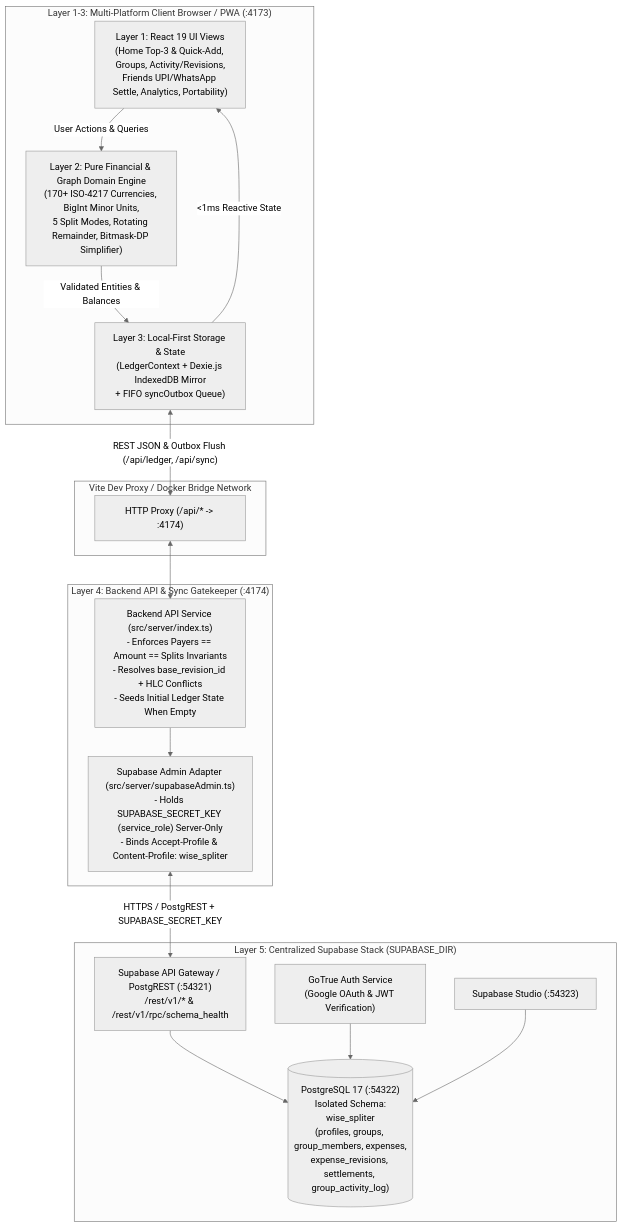
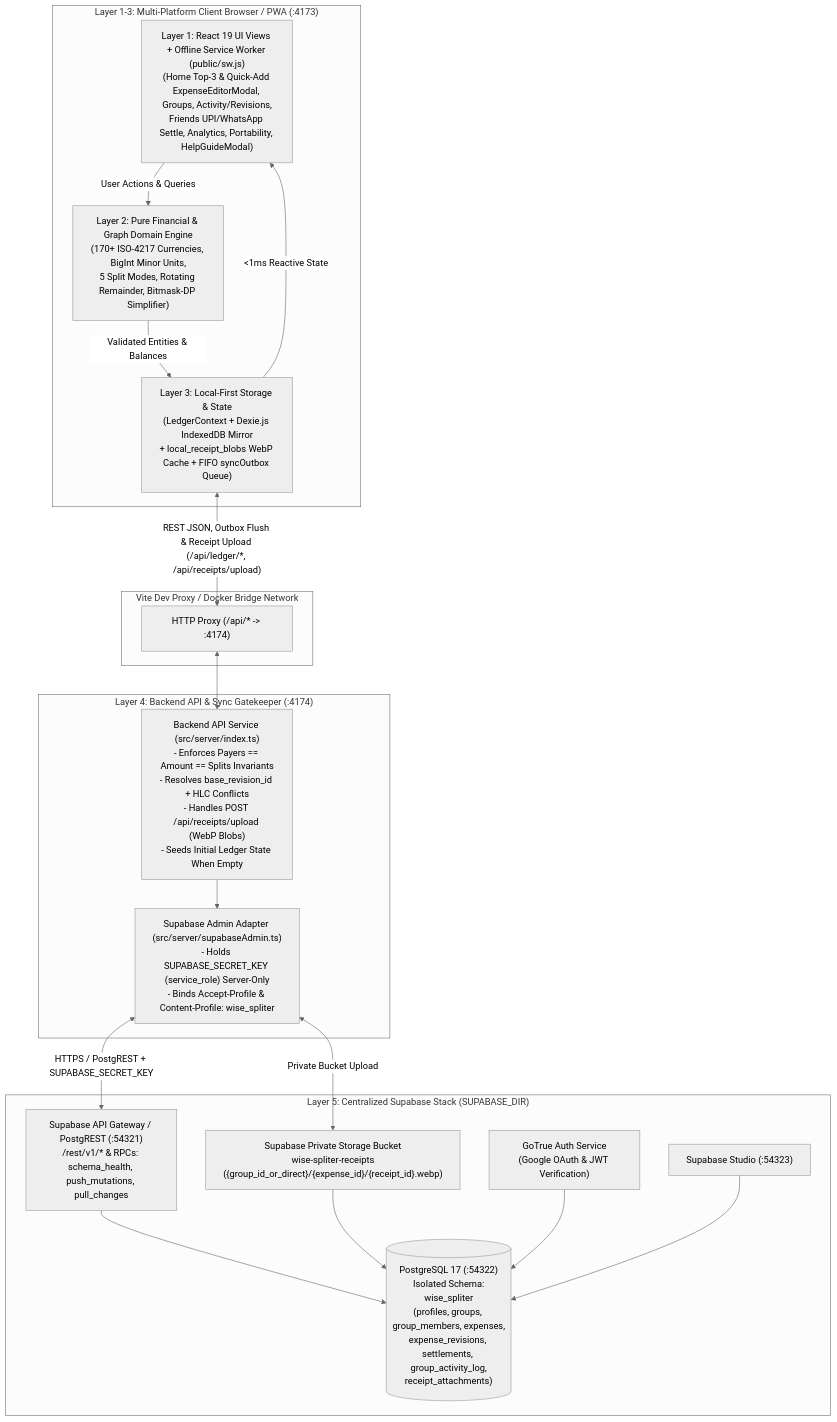
Before and after one commit to chetan-jarande/wise-spliter: the first of 3 diagrams in docs/architecture.md, drawn with Mermaid (neutral theme). The commit also changed other lines of this file and 22 other files, not shown here.

Commit message:
feat(phase-1-complete): add receipt WebP storage pipeline, Supabase RPCs, multi-sheet XLSX/PDF exports, Service Worker, and sync all docs

````diff
--- a/docs/architecture.md
+++ b/docs/architecture.md
@@ -53,38 +77,41 @@
 ```mermaid
 flowchart TB
   subgraph ClientLayer["Layer 1-3: Multi-Platform Client Browser / PWA (:4173)"]
-    UI["Layer 1: React 19 UI Views\n(Home Top-3 & Quick-Add, Groups, Activity/Revisions,\nFriends UPI/WhatsApp Settle, Analytics, Portability)"]
+    UI["Layer 1: React 19 UI Views + Offline Service Worker (public/sw.js)\n(Home Top-3 & Quick-Add ExpenseEditorModal, Groups, Activity/Revisions,\nFriends UPI/WhatsApp Settle, Analytics, Portability, HelpGuideModal)"]
     Domain["Layer 2: Pure Financial & Graph Domain Engine\n(170+ ISO-4217 Currencies, BigInt Minor Units,\n5 Split Modes, Rotating Remainder, Bitmask-DP Simplifier)"]
-    LocalDB["Layer 3: Local-First Storage & State\n(LedgerContext + Dexie.js IndexedDB Mirror\n+ FIFO syncOutbox Queue)"]
+    LocalDB["Layer 3: Local-First Storage & State\n(LedgerContext + Dexie.js IndexedDB Mirror\n+ local_receipt_blobs WebP Cache + FIFO syncOutbox Queue)"]
 
     UI -->|"User Actions & Queries"| Domain
     Domain -->|"Validated Entities & Balances"| LocalDB
     LocalDB -->|"<1ms Reactive State"| UI
   end
 
   subgraph NetworkBridge["Vite Dev Proxy / Docker Bridge Network"]
     Proxy["HTTP Proxy (/api/* -> :4174)"]
   end
 
   subgraph ServerLayer["Layer 4: Backend API & Sync Gatekeeper (:4174)"]
-    API["Backend API Service (src/server/index.ts)\n- Enforces Payers == Amount == Splits Invariants\n- Resolves base_revision_id + HLC Conflicts\n- Seeds Initial Ledger State When Empty"]
+    API["Backend API Service (src/server/index.ts)\n- Enforces Payers == Amount == Splits Invariants\n- Resolves base_revision_id + HLC Conflicts\n- Handles POST /api/receipts/upload (WebP Blobs)\n- Seeds Initial Ledger State When Empty"]
     Admin["Supabase Admin Adapter (src/server/supabaseAdmin.ts)\n- Holds SUPABASE_SECRET_KEY (service_role) Server-Only\n- Binds Accept-Profile & Content-Profile: wise_spliter"]
 
     API --> Admin
   end
 
   subgraph SupabaseLayer["Layer 5: Centralized Supabase Stack (SUPABASE_DIR)"]
-    Kong["Supabase API Gateway / PostgREST (:54321)\n/rest/v1/* & /rest/v1/rpc/schema_health"]
+    Kong["Supabase API Gateway / PostgREST (:54321)\n/rest/v1/* & RPCs: schema_health, push_mutations, pull_changes"]
+    Storage["Supabase Private Storage Bucket\nwise-spliter-receipts\n({group_id_or_direct}/{expense_id}/{receipt_id}.webp)"]
     GoTrue["GoTrue Auth Service\n(Google OAuth & JWT Verification)"]
     Studio["Supabase Studio (:54323)"]
-    PG[("PostgreSQL 17 (:54322)\n Isolated Schema: wise_spliter\n(profiles, groups, group_members, expenses,\nexpense_revisions, settlements, group_activity_log)")]
+    PG[("PostgreSQL 17 (:54322)\n Isolated Schema: wise_spliter\n(profiles, groups, group_members, expenses,\nexpense_revisions, settlements, group_activity_log,\nreceipt_attachments)")]
 
     Kong --> PG
+    Storage --> PG
     GoTrue --> PG
     Studio --> PG
   end
 
-  LocalDB <-->|"REST JSON & Outbox Flush (/api/ledger, /api/sync)"| Proxy
+  LocalDB <-->|"REST JSON, Outbox Flush & Receipt Upload (/api/ledger/*, /api/receipts/upload)"| Proxy
   Proxy <--> API
   Admin <-->|"HTTPS / PostgREST + SUPABASE_SECRET_KEY"| Kong
+  Admin <-->|"Private Bucket Upload"| Storage
 ```
````
